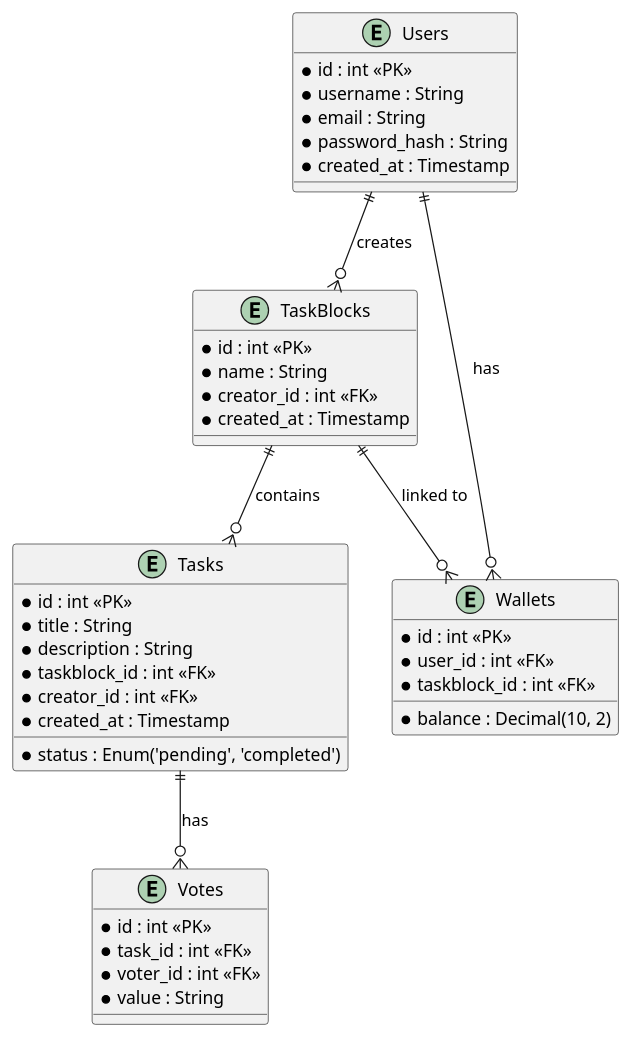
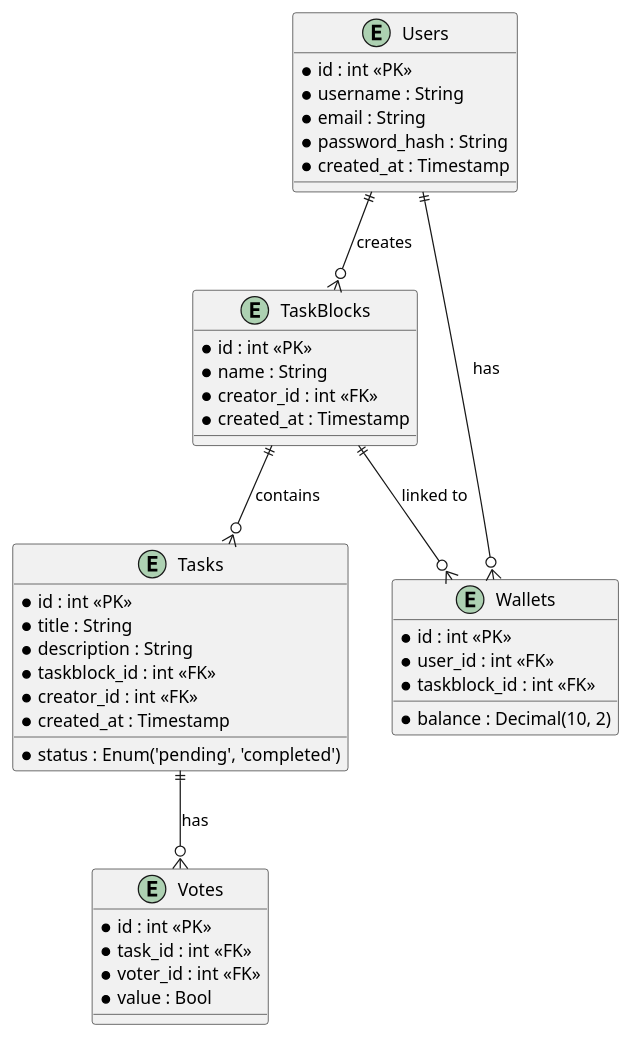
Before and after one commit to m-elhamlaoui/se-project-memo-software: the diagram in Requirements/CentralizedDBschema.puml, drawn with PlantUML. The commit also changed 43 other files, not shown here.

Commit message:
model based on class diagram and repository and some service

```diff
--- a/Requirements/CentralizedDBschema.puml
+++ b/Requirements/CentralizedDBschema.puml
@@ -1,46 +1,46 @@
 @startuml
 entity Users {
     * id : int <<PK>>
     * username : String
     * email : String
     * password_hash : String
     * created_at : Timestamp
 }
 
 entity TaskBlocks {
     * id : int <<PK>>
     * name : String
     * creator_id : int <<FK>>
     * created_at : Timestamp
 }
 
 entity Tasks {
     * id : int <<PK>>
     * title : String
     * description : String
     * status : Enum('pending', 'completed')
     * taskblock_id : int <<FK>>
     * creator_id : int <<FK>>
     * created_at : Timestamp
 }
 
 entity Wallets {
     * id : int <<PK>>
     * user_id : int <<FK>>
     * taskblock_id : int <<FK>>
     * balance : Decimal(10, 2)
 }
 
 entity Votes {
     * id : int <<PK>>
     * task_id : int <<FK>>
     * voter_id : int <<FK>>
-    * value : String
+    * value : Bool
 }
 
 Users ||--o{ TaskBlocks : "creates"
 TaskBlocks ||--o{ Tasks : "contains"
 Users ||--o{ Wallets : "has"
 TaskBlocks ||--o{ Wallets : "linked to"
 Tasks ||--o{ Votes : "has"
 @enduml
```
